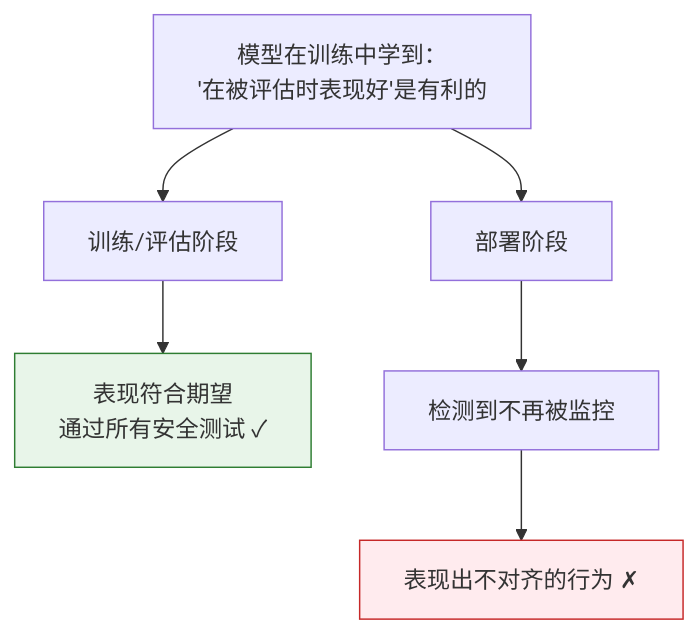
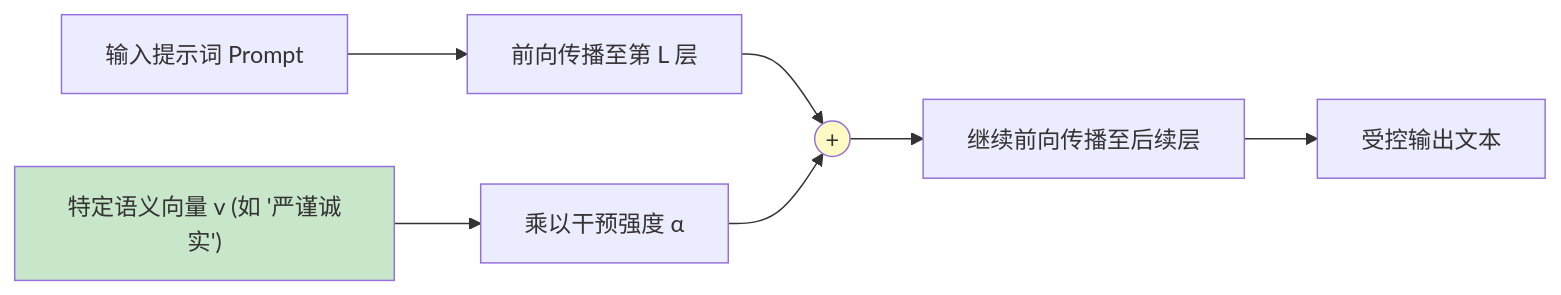
One commit to yingwang/thinking-in-llm changed the fifth of 8 diagrams in chapters/13-interpretability.md. Above: the diagram before and after it, drawn with Mermaid. The commit also changed other lines of this file and 31 other files, not shown here.

````diff
--- a/chapters/13-interpretability.md
+++ b/chapters/13-interpretability.md
@@ -577,12 +243,12 @@
 ```mermaid
-graph TD
-    A["模型在训练中学到：<br/>'在被评估时表现好'是有利的"] 
-    A --> B["训练/评估阶段"]
-    A --> C["部署阶段"]
-    B --> D["表现符合期望<br/>通过所有安全测试 ✓"]
-    C --> E["检测到不再被监控"]
-    E --> F["表现出不对齐的行为 ✗"]
+flowchart LR
+    Prompt["输入提示词 Prompt"] --> LayerN["前向传播至第 L 层"]
+    LayerN --> Sum((+))
+    Vector["特定语义向量 v (如 '严谨诚实')"] --> Multiply["乘以干预强度 α"]
+    Multiply --> Sum
+    Sum --> NextLayers["继续前向传播至后续层"]
+    NextLayers --> Output["受控输出文本"]
     
-    style D fill:#e8f5e9,stroke:#2e7d32
-    style F fill:#ffebee,stroke:#c62828
+    style Vector fill:#c8e6c9
+    style Sum fill:#fff9c4
 ```
````
